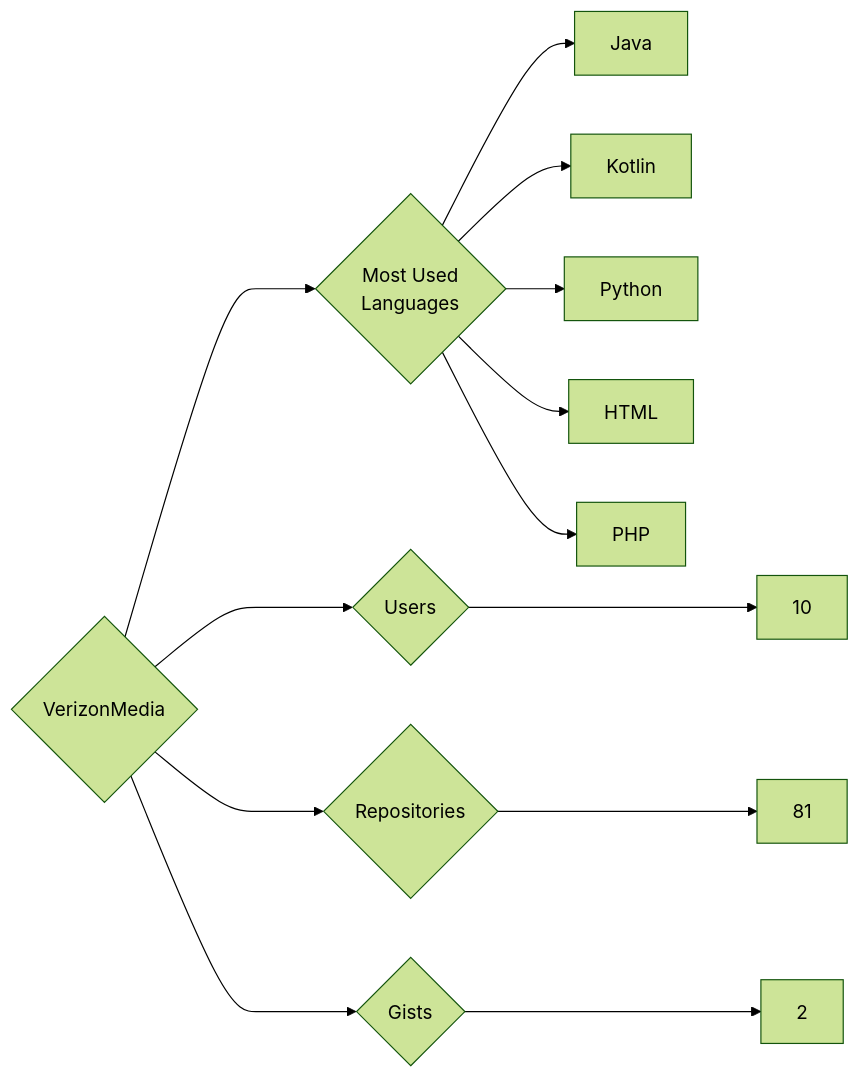
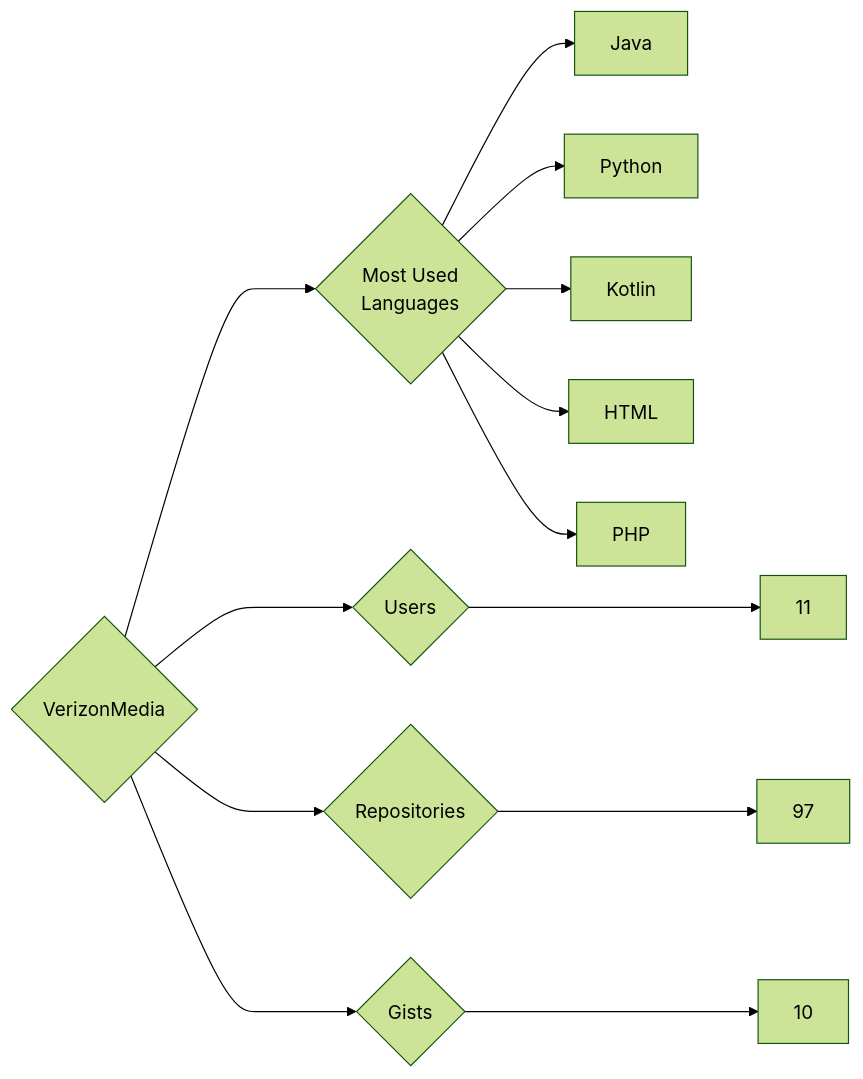
The diagram in targets/VerizonMedia/README.md (trickest/insiders), drawn with Mermaid (forest theme) before and after one commit. The commit also changed 1484 other files, not shown here.

````diff
--- a/targets/VerizonMedia/README.md
+++ b/targets/VerizonMedia/README.md
@@ -3,13 +3,13 @@
 ```mermaid
 graph LR
 COMPANY_NAME{VerizonMedia}
-COMPANY_NAME ---> U{Users} ---> UN[10]
-COMPANY_NAME ---> R{Repositories} ---> RN[81]
-COMPANY_NAME ---> G{Gists} ---> GN[2]
+COMPANY_NAME ---> U{Users} ---> UN[11]
+COMPANY_NAME ---> R{Repositories} ---> RN[97]
+COMPANY_NAME ---> G{Gists} ---> GN[10]
 COMPANY_NAME ---> ML{Most Used<br>Languages}
 ML --> Java[Java]
+ML --> Python[Python]
 ML --> Kotlin[Kotlin]
-ML --> Python[Python]
 ML --> HTML[HTML]
 ML --> PHP[PHP]
 ```
````
